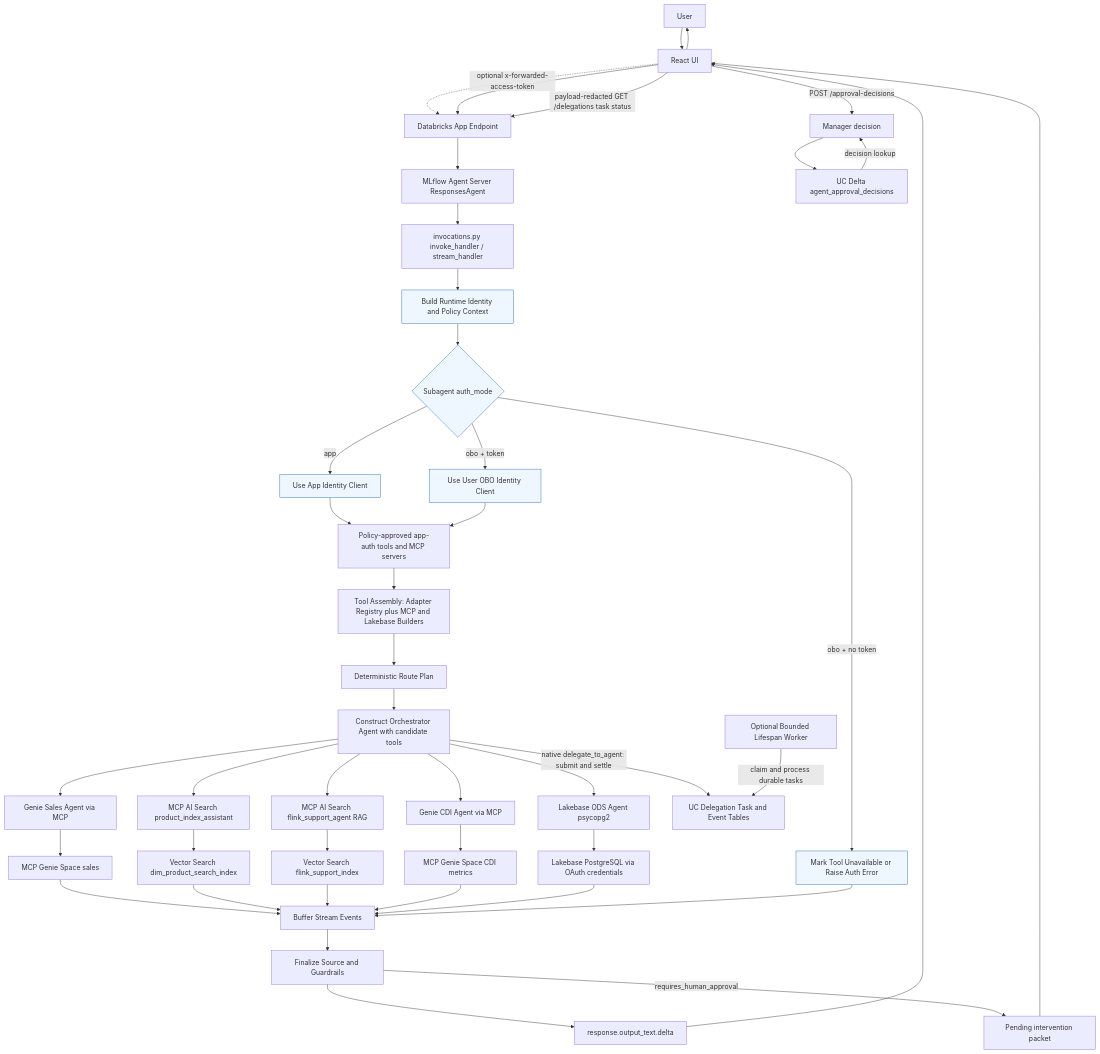
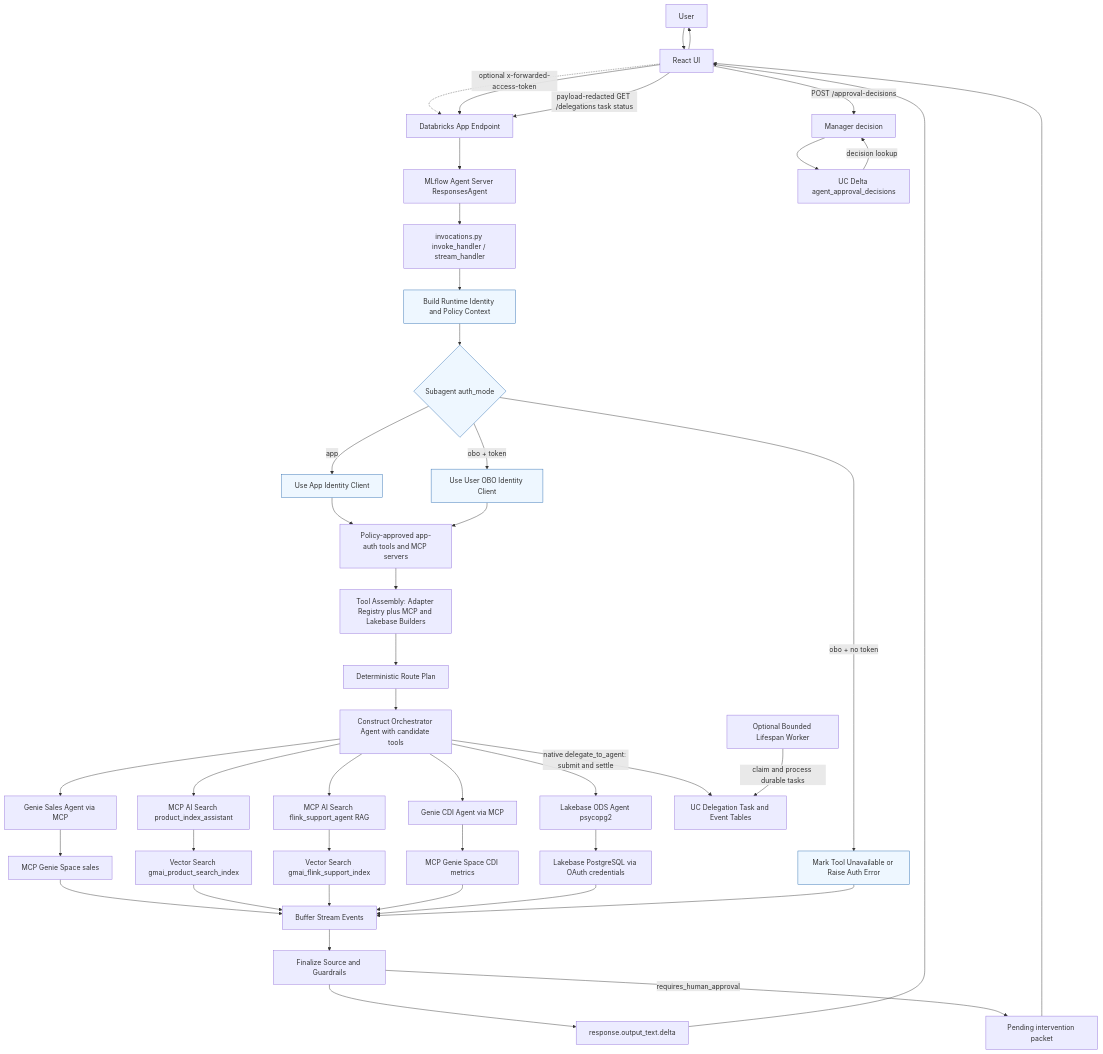
One commit to wchen-dea/Governed-Multi-Agent-Intelligence-on-Databricks changed the second of 2 diagrams in docs/architecture/high-level-architecture.md. Above: the diagram before and after it, drawn with Mermaid. The commit also changed 35 other files, not shown here.

````diff
--- a/docs/architecture/high-level-architecture.md
+++ b/docs/architecture/high-level-architecture.md
@@ -157,52 +157,52 @@
 ```mermaid
 flowchart TD
     U[User]
     U --> UI[React UI]
     UI -.optional x-forwarded-access-token.-> APP
     UI --> APP[Databricks App Endpoint]
     APP --> S[MLflow Agent Server ResponsesAgent]
     S --> H[invocations.py invoke_handler / stream_handler]
     H --> C[Build Runtime Identity and Policy Context]
     C --> D{Subagent auth_mode}
     D -->|app| AID[Use App Identity Client]
     D -->|obo + token| OID[Use User OBO Identity Client]
     D -->|obo + no token| ERR[Mark Tool Unavailable or Raise Auth Error]
     AID --> AVAIL[Policy-approved app-auth tools and MCP servers]
     OID --> AVAIL
     AVAIL --> ASM[Tool Assembly: Adapter Registry plus MCP and Lakebase Builders]
     ASM --> PLAN[Deterministic Route Plan]
     PLAN --> O[Construct Orchestrator Agent with candidate tools]
     O --> G[Genie Sales Agent via MCP]
     O --> K[MCP AI Search product_index_assistant]
     O --> F[MCP AI Search flink_support_agent RAG]
     O --> CDI[Genie CDI Agent via MCP]
     O --> LB[Lakebase ODS Agent psycopg2]
     O -->|native delegate_to_agent: submit and settle| DT[UC Delegation Task and Event Tables]
     W[Optional Bounded Lifespan Worker] -->|claim and process durable tasks| DT
 
     G --> M[MCP Genie Space sales]
-    K --> R1[Vector Search dim_product_search_index]
-    F --> R3[Vector Search flink_support_index]
+    K --> R1[Vector Search gmai_product_search_index]
+    F --> R3[Vector Search gmai_flink_support_index]
     CDI --> M2[MCP Genie Space CDI metrics]
     LB --> PG[Lakebase PostgreSQL via OAuth credentials]
 
     M --> BUF[Buffer Stream Events]
     R1 --> BUF
     R3 --> BUF
     M2 --> BUF
     PG --> BUF
     ERR --> BUF
     BUF --> R[Finalize Source and Guardrails]
     R --> DELTA[response.output_text.delta]
     DELTA --> UI
     R -->|requires_human_approval| PACKET[Pending intervention packet]
     PACKET --> UI
     UI -->|POST /approval-decisions| DECIDE[Manager decision]
     DECIDE --> APPROVALS[UC Delta agent_approval_decisions]
     APPROVALS -->|decision lookup| DECIDE
     UI -->|payload-redacted GET /delegations task status| APP
     UI --> U
 
     classDef auth fill:#eef7ff,stroke:#2b6cb0,stroke-width:1px;
     class C,D,AID,OID,ERR auth;
 ```
````
